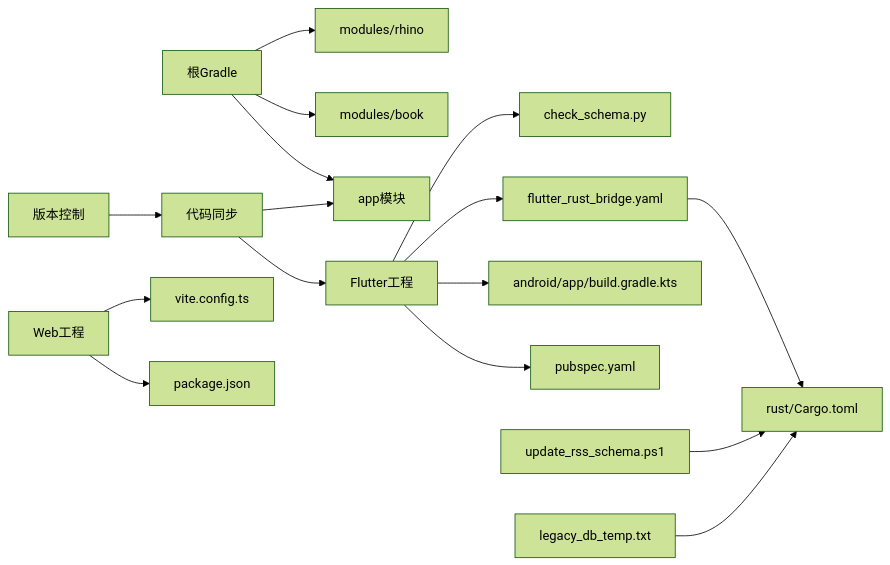
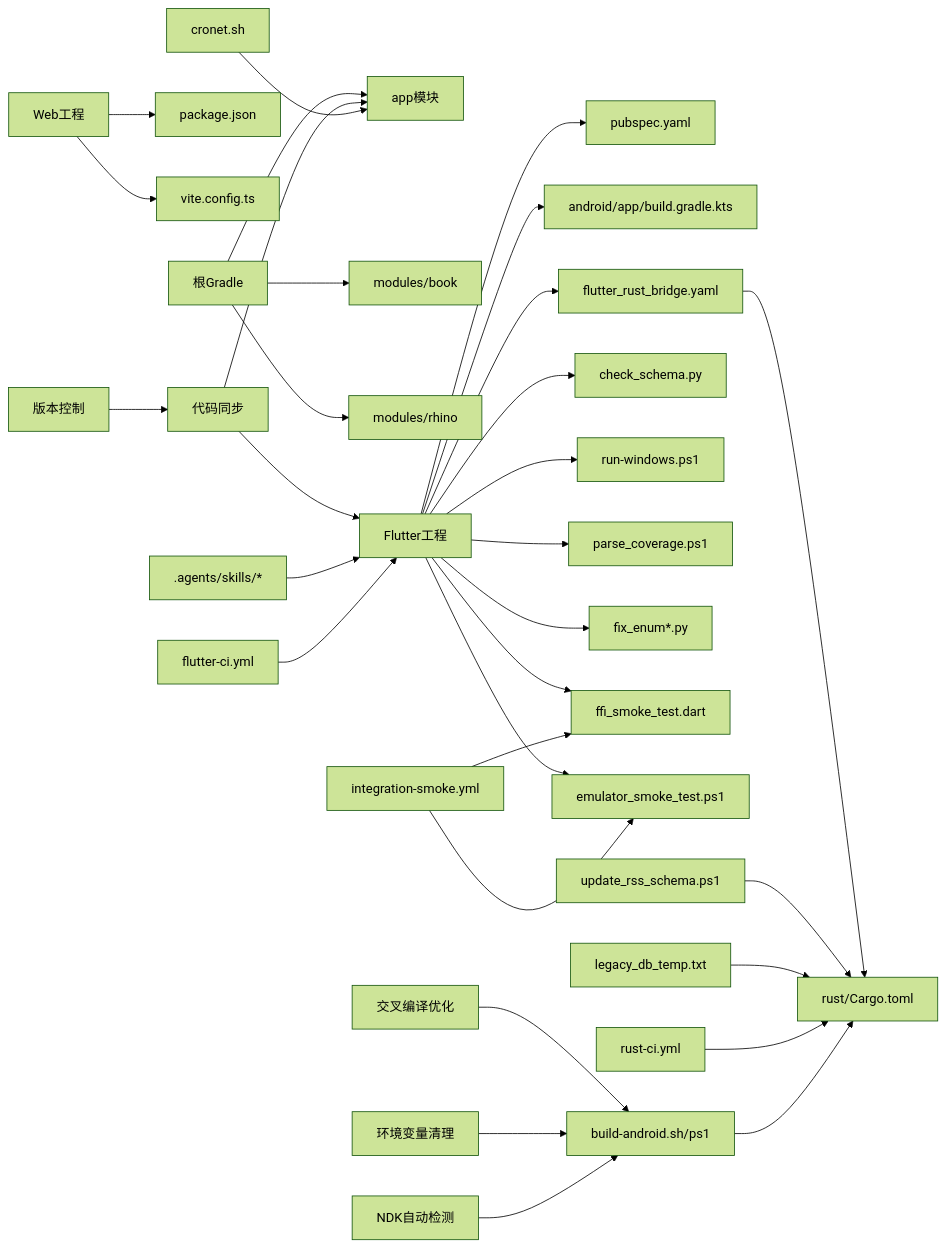
Diagram 16 of 16 in .qoder/repowiki/zh/content/构建和部署/构建和部署.md (ZhangGHGitHub/LegadoTeamFlutter), drawn with Mermaid (forest theme) before and after one commit. The commit also changed other lines of this file and 173 other files, not shown here.

````diff
--- a/.qoder/repowiki/zh/content/构建和部署/构建和部署.md
+++ b/.qoder/repowiki/zh/content/构建和部署/构建和部署.md
@@ -517,18 +960,33 @@
 ```mermaid
 graph LR
 Root["根Gradle"] --> App["app模块"]
 Root --> ModBook["modules/book"]
 Root --> ModRhino["modules/rhino"]
 Flutter["Flutter工程"] --> Pub["pubspec.yaml"]
 Flutter --> AndGradle["android/app/build.gradle.kts"]
 Flutter --> FRB["flutter_rust_bridge.yaml"]
 Flutter --> Schema["check_schema.py"]
+Flutter --> WinDev["run-windows.ps1"]
+Flutter --> CovAnalysis["parse_coverage.ps1"]
+Flutter --> EnumFix["fix_enum*.py"]
+Flutter --> FFITest["ffi_smoke_test.dart"]
+Flutter --> SmokeTest["emulator_smoke_test.ps1"]
 FRB --> Cargo["rust/Cargo.toml"]
 Web["Web工程"] --> Pkg["package.json"]
 Web --> Vite["vite.config.ts"]
 VersionControl["版本控制"] --> Sync["代码同步"]
 Sync --> Flutter
 Sync --> App
 RSSUpdate["update_rss_schema.ps1"] --> Cargo
 TempData["legacy_db_temp.txt"] --> Cargo
+AgentSkills[".agents/skills/*"] --> Flutter
+RustCI["rust-ci.yml"] --> Cargo
+FlutterCI["flutter-ci.yml"] --> Flutter
+Cronet["cronet.sh"] --> App
+AndroidBuild["build-android.sh/ps1"] --> Cargo
+CrossCompile["交叉编译优化"] --> AndroidBuild
+EnvClean["环境变量清理"] --> AndroidBuild
+NDKAuto["NDK自动检测"] --> AndroidBuild
+IntegrationSmoke["integration-smoke.yml"] --> FFITest
+IntegrationSmoke --> SmokeTest
 ```
````
